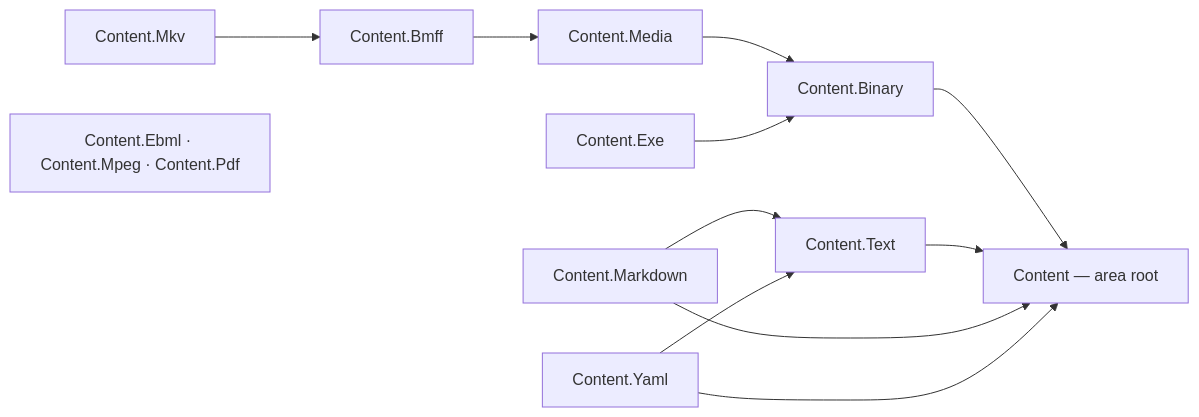
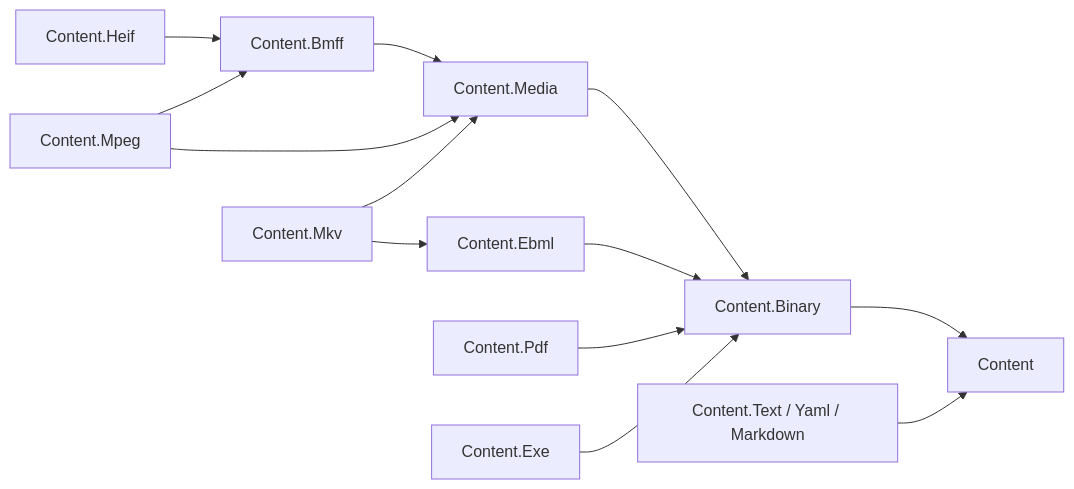
One commit to assimalign/cohesion changed the diagram in libraries/Content/README.md. Above: the diagram before and after it, drawn with Mermaid. The commit also changed other lines of this file and 695 other files, not shown here.

First line of the commit message:
feat(content): finish the Content foundation — binary primitives, BMFF/MP4/HEIF, EBML/Matroska, PDF, Exe, text hardening [L01.01.05] (#1557)

````diff
--- a/libraries/Content/README.md
+++ b/libraries/Content/README.md
@@ -16,23 +12,26 @@
 ```mermaid
 flowchart LR
-    Root["Content — area root"]
+    Root["Content"]
     Binary["Content.Binary"]
-    Text["Content.Text"]
+    Text["Content.Text / Yaml / Markdown"]
     Media["Content.Media"]
     Bmff["Content.Bmff"]
+    Mpeg["Content.Mpeg"]
+    Heif["Content.Heif"]
+    Ebml["Content.Ebml"]
     Mkv["Content.Mkv"]
+    Pdf["Content.Pdf"]
     Exe["Content.Exe"]
-    Markdown["Content.Markdown"]
-    Yaml["Content.Yaml"]
-    Standalone["Content.Ebml · Content.Mpeg · Content.Pdf"]
     Binary --> Root
     Text --> Root
     Media --> Binary
     Bmff --> Media
-    Mkv --> Bmff
+    Heif --> Bmff
+    Mpeg --> Bmff
+    Mpeg --> Media
+    Ebml --> Binary
+    Pdf --> Binary
     Exe --> Binary
-    Markdown --> Root
-    Markdown --> Text
-    Yaml --> Root
-    Yaml --> Text
+    Mkv --> Ebml
+    Mkv --> Media
 ```
````
